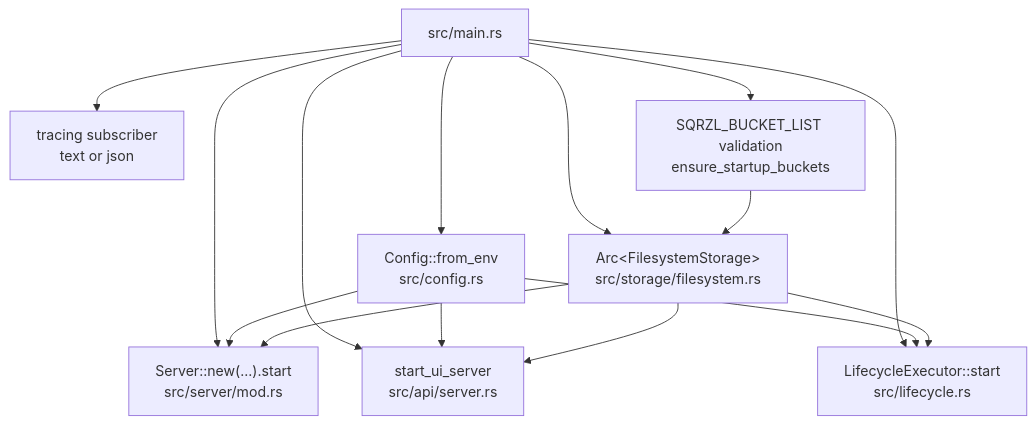
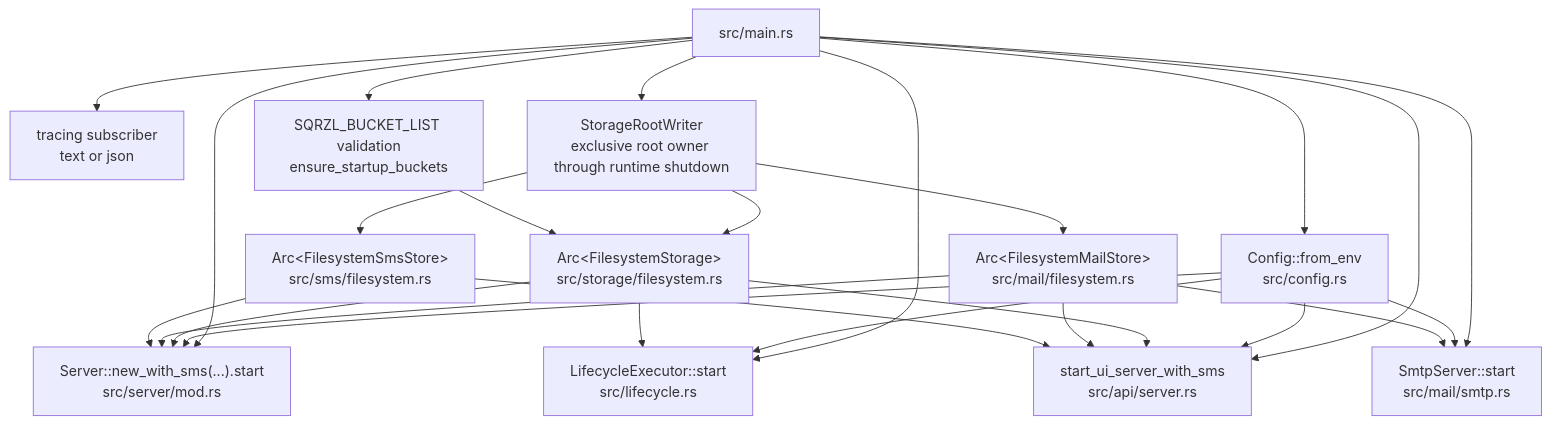
One commit to sqrzl/sqrzl-emulator changed the second of 11 diagrams in docs/architecture.md. Above: the diagram before and after it, drawn with Mermaid. The commit also changed other lines of this file and 34 other files, not shown here.

````diff
--- a/docs/architecture.md
+++ b/docs/architecture.md
@@ -49,27 +65,41 @@
 ```mermaid
 flowchart TB
     Main["src/main.rs"]
     Config["Config::from_env<br/>src/config.rs"]
     Logging["tracing subscriber<br/>text or json"]
+    RootWriter["StorageRootWriter<br/>exclusive root owner through runtime shutdown"]
     StartupBuckets["SQRZL_BUCKET_LIST validation<br/>ensure_startup_buckets"]
     Storage["Arc&lt;FilesystemStorage&gt;<br/>src/storage/filesystem.rs"]
+    Mail["Arc&lt;FilesystemMailStore&gt;<br/>src/mail/filesystem.rs"]
+    Sms["Arc&lt;FilesystemSmsStore&gt;<br/>src/sms/filesystem.rs"]
     Lifecycle["LifecycleExecutor::start<br/>src/lifecycle.rs"]
-    ProviderServer["Server::new(...).start<br/>src/server/mod.rs"]
-    UiServer["start_ui_server<br/>src/api/server.rs"]
+    ProviderServer["Server::new_with_sms(...).start<br/>src/server/mod.rs"]
+    UiServer["start_ui_server_with_sms<br/>src/api/server.rs"]
+    SmtpServer["SmtpServer::start<br/>src/mail/smtp.rs"]
 
     Main --> Config
     Main --> Logging
-    Main --> Storage
+    Main --> RootWriter
+    RootWriter --> Storage
+    RootWriter --> Mail
+    RootWriter --> Sms
     Main --> StartupBuckets
     StartupBuckets --> Storage
     Main --> Lifecycle
     Main --> ProviderServer
     Main --> UiServer
+    Main --> SmtpServer
 
     Config --> ProviderServer
     Config --> UiServer
     Config --> Lifecycle
+    Config --> SmtpServer
     Storage --> ProviderServer
     Storage --> UiServer
     Storage --> Lifecycle
+    Mail --> ProviderServer
+    Mail --> UiServer
+    Mail --> SmtpServer
+    Sms --> ProviderServer
+    Sms --> UiServer
 ```
````
